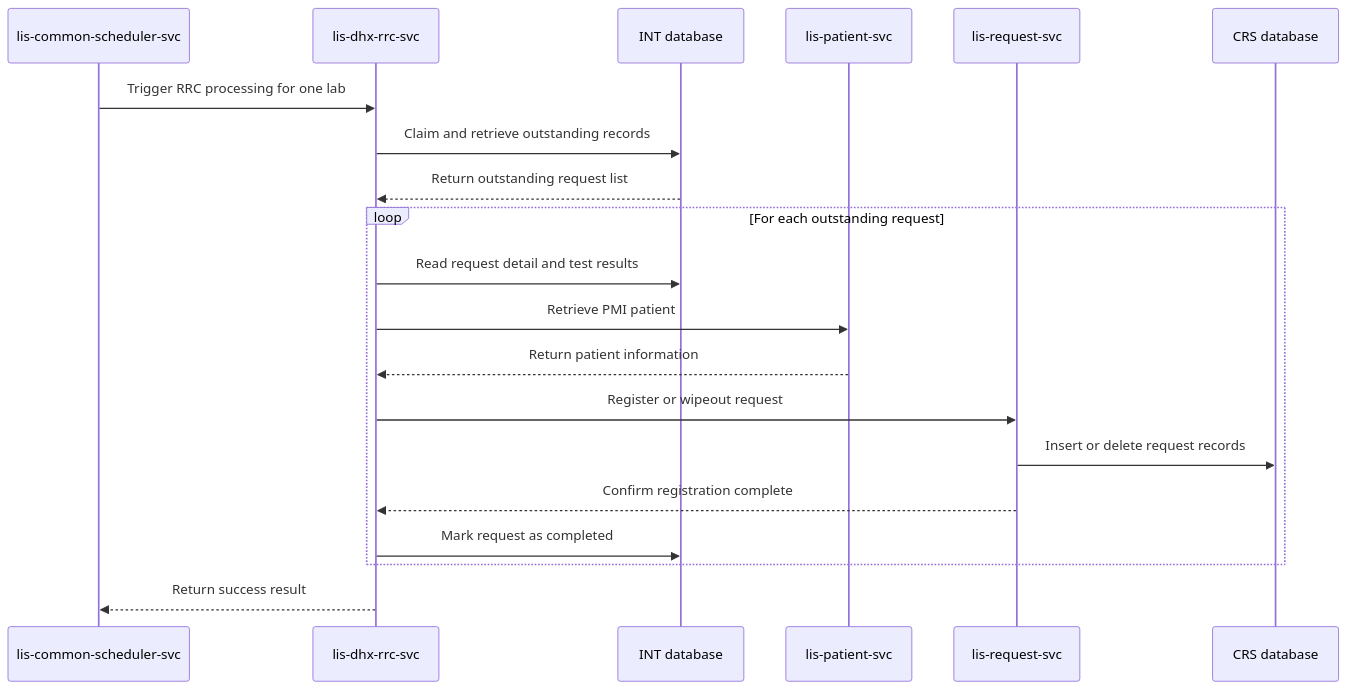
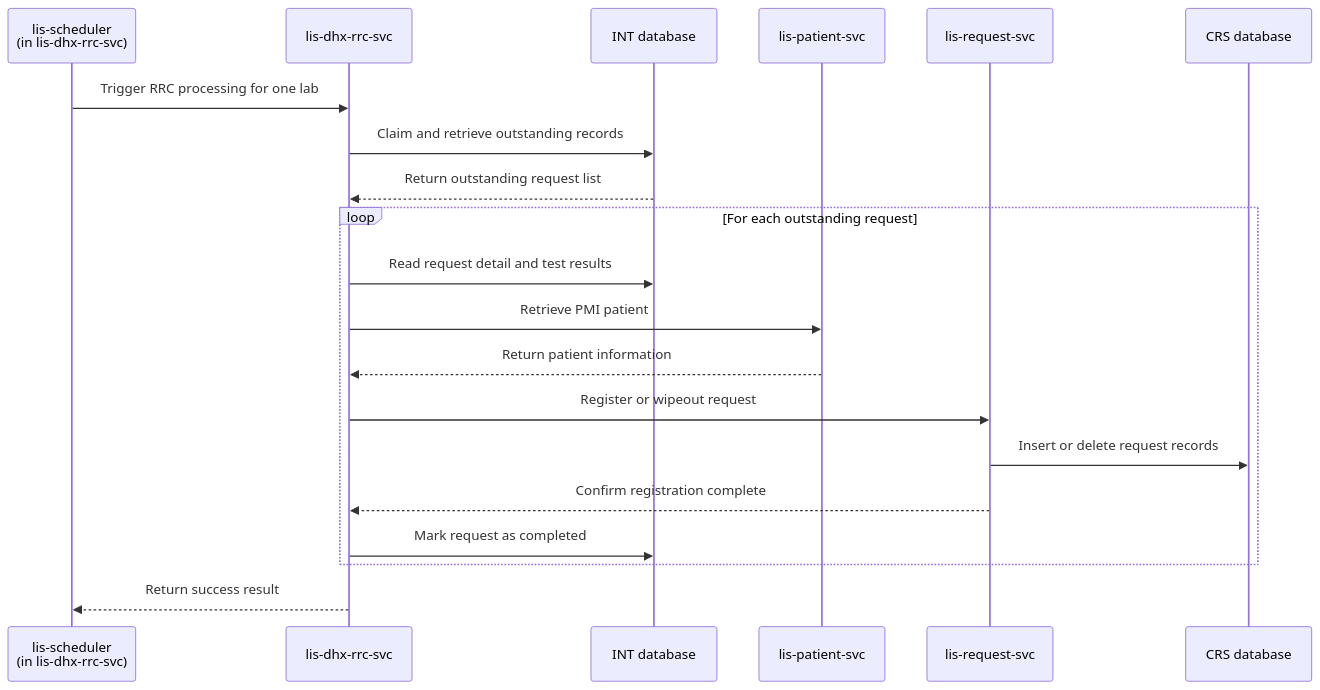
Before and after one commit to DragonChong/HA-Notes: the third of 3 diagrams in LIS/JIRA/Develop lis-dhx-rrc-svc to Replace Legacy RRC Worker.md, drawn with Mermaid. The commit also changed other lines of this file, not shown here.

Commit message:
vault backup: 2026-07-13 09:47:12

````diff
--- a/LIS/JIRA/Develop lis-dhx-rrc-svc to Replace Legacy RRC Worker.md
+++ b/LIS/JIRA/Develop lis-dhx-rrc-svc to Replace Legacy RRC Worker.md
@@ -225,25 +225,25 @@
 ```mermaid
 sequenceDiagram
-    participant SCH as lis-common-scheduler-svc
+    participant SCH as lis-scheduler<br>(in lis-dhx-rrc-svc)
     participant RRC as lis-dhx-rrc-svc
     participant INT as INT database
     participant PAT as lis-patient-svc
     participant REQ as lis-request-svc
     participant CRS as CRS database
 
     SCH->>RRC: Trigger RRC processing for one lab
     RRC->>INT: Claim and retrieve outstanding records
     INT-->>RRC: Return outstanding request list
 
     loop For each outstanding request
         RRC->>INT: Read request detail and test results
         RRC->>PAT: Retrieve PMI patient
         PAT-->>RRC: Return patient information
         RRC->>REQ: Register or wipeout request
         REQ->>CRS: Insert or delete request records
         REQ-->>RRC: Confirm registration complete
         RRC->>INT: Mark request as completed
     end
 
     RRC-->>SCH: Return success result
 ```
````
